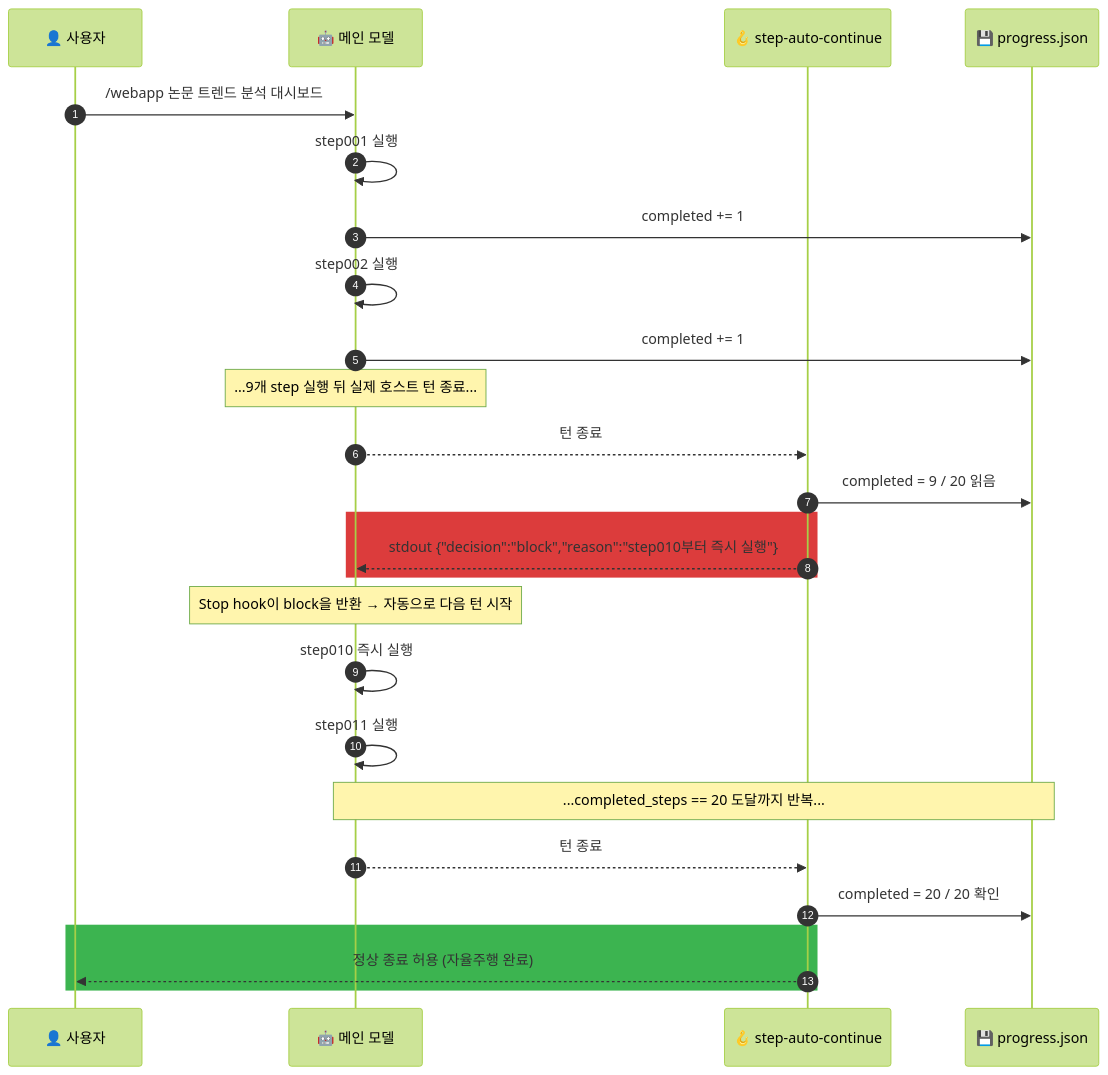
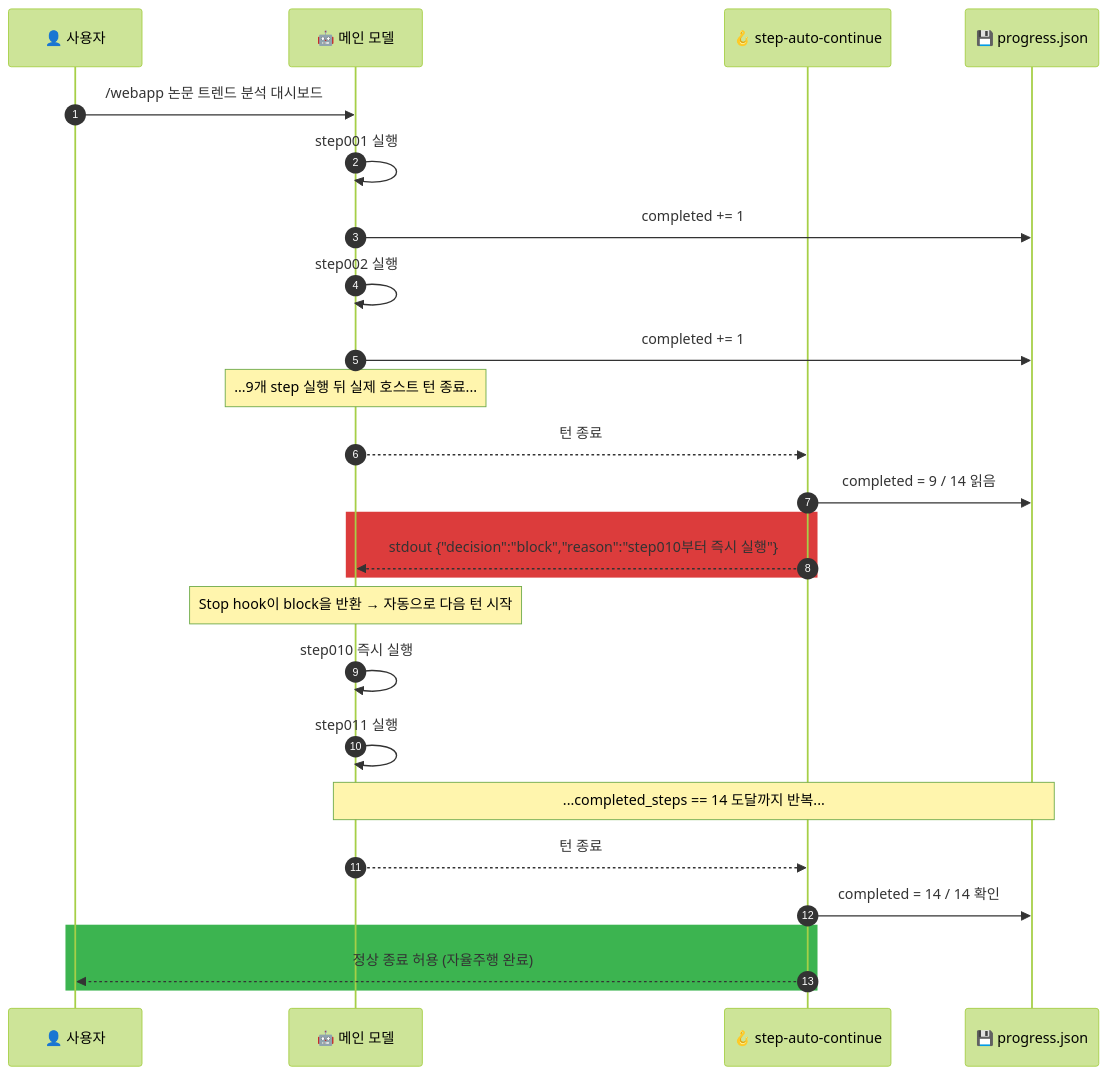
One commit to Technoetic/harness20 changed the fourth of 4 diagrams in README.md. Above: the diagram before and after it, drawn with Mermaid (forest theme). The commit also changed other lines of this file and 10 other files, not shown here.

````diff
--- a/README.md
+++ b/README.md
@@ -611,29 +620,29 @@
 ```mermaid
 sequenceDiagram
     autonumber
     participant User as 👤 사용자
     participant LLM as 🤖 메인 모델
     participant Stop as 🪝 step-auto-continue
     participant Progress as 💾 progress.json
 
     User->>LLM: /webapp 논문 트렌드 분석 대시보드
     LLM->>LLM: step001 실행
     LLM->>Progress: completed += 1
     LLM->>LLM: step002 실행
     LLM->>Progress: completed += 1
     Note over LLM: ...9개 step 실행 뒤 실제 호스트 턴 종료...
     LLM-->>Stop: 턴 종료
-    Stop->>Progress: completed = 9 / 20 읽음
+    Stop->>Progress: completed = 9 / 14 읽음
     rect rgb(220, 60, 60)
     Stop-->>LLM: stdout {"decision":"block","reason":"step010부터 즉시 실행"}
     end
     Note over LLM: Stop hook이 block을 반환 → 자동으로 다음 턴 시작
     LLM->>LLM: step010 즉시 실행
     LLM->>LLM: step011 실행
-    Note over LLM,Progress: ...completed_steps == 20 도달까지 반복...
+    Note over LLM,Progress: ...completed_steps == 14 도달까지 반복...
     LLM-->>Stop: 턴 종료
-    Stop->>Progress: completed = 20 / 20 확인
+    Stop->>Progress: completed = 14 / 14 확인
     rect rgb(60, 180, 80)
     Stop-->>User: 정상 종료 허용 (자율주행 완료)
     end
 ```
````
